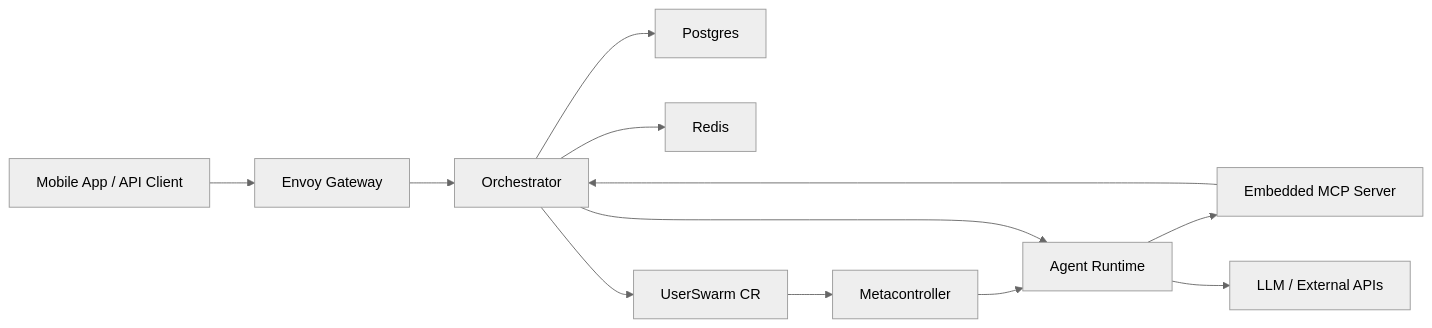
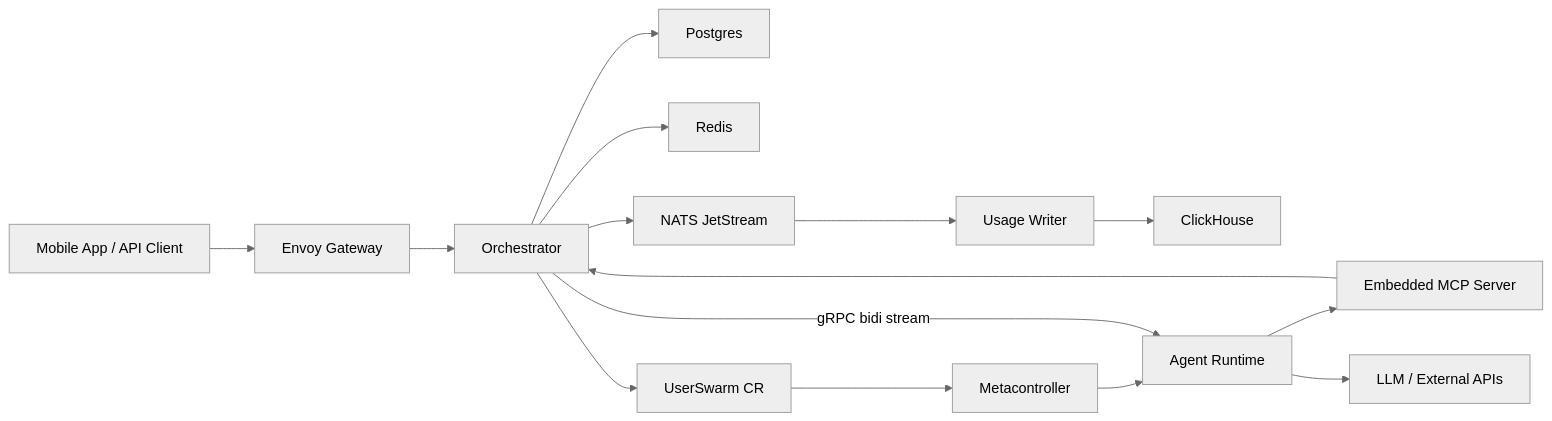
One commit to Crawbl-AI/crawbl-backend changed the diagram in README.md. Above: the diagram before and after it, drawn with Mermaid (neutral theme). The commit also changed other lines of this file and 4 other files, not shown here.

````diff
--- a/README.md
+++ b/README.md
@@ -26,25 +26,31 @@
 ```mermaid
 flowchart LR
     client["Mobile App / API Client"]
     envoy["Envoy Gateway"]
     orch["Orchestrator"]
     db["Postgres"]
     redis["Redis"]
+    nats["NATS JetStream"]
+    uw["Usage Writer"]
+    ch["ClickHouse"]
     cr["UserSwarm CR"]
     mc["Metacontroller"]
     runtime["Agent Runtime"]
     mcp["Embedded MCP Server"]
     llm["LLM / External APIs"]
 
     client --> envoy
     envoy --> orch
     orch --> db
     orch --> redis
+    orch --> nats
+    nats --> uw
+    uw --> ch
     orch --> cr
     cr --> mc
     mc --> runtime
-    orch --> runtime
+    orch -->|gRPC bidi stream| runtime
     runtime --> mcp
     mcp --> orch
     runtime --> llm
 ```
````
